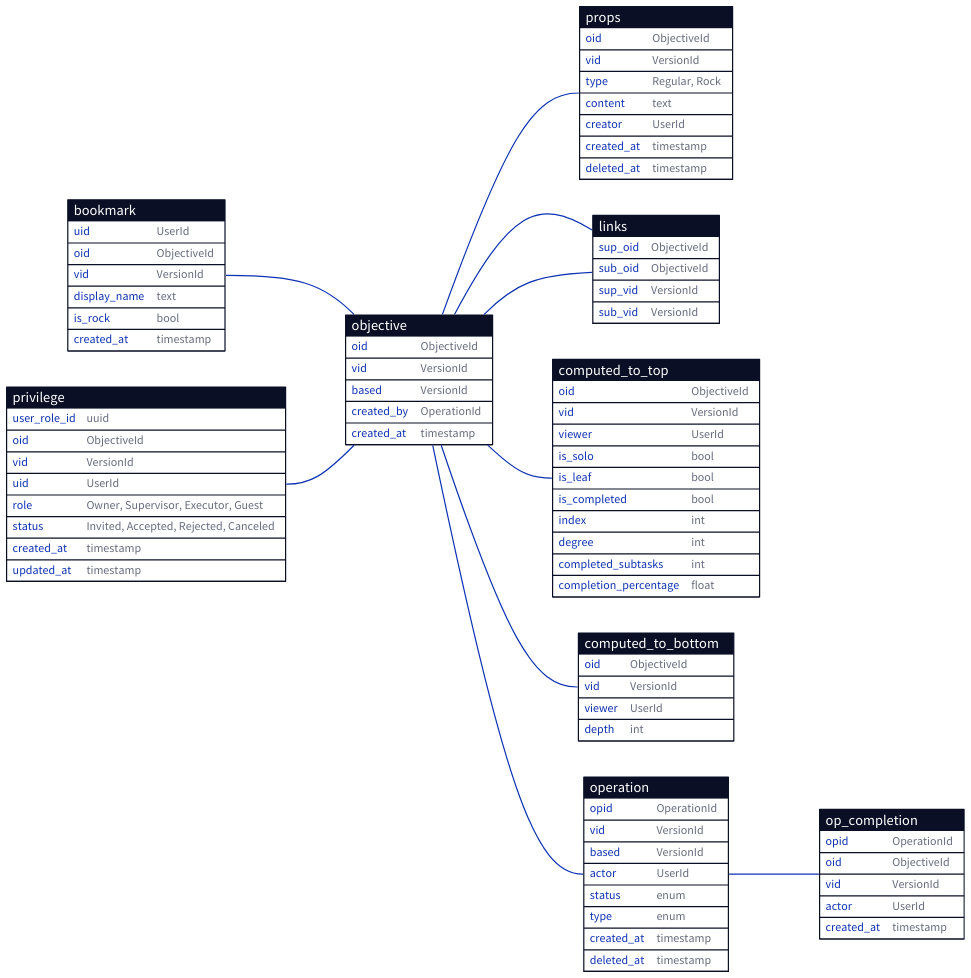
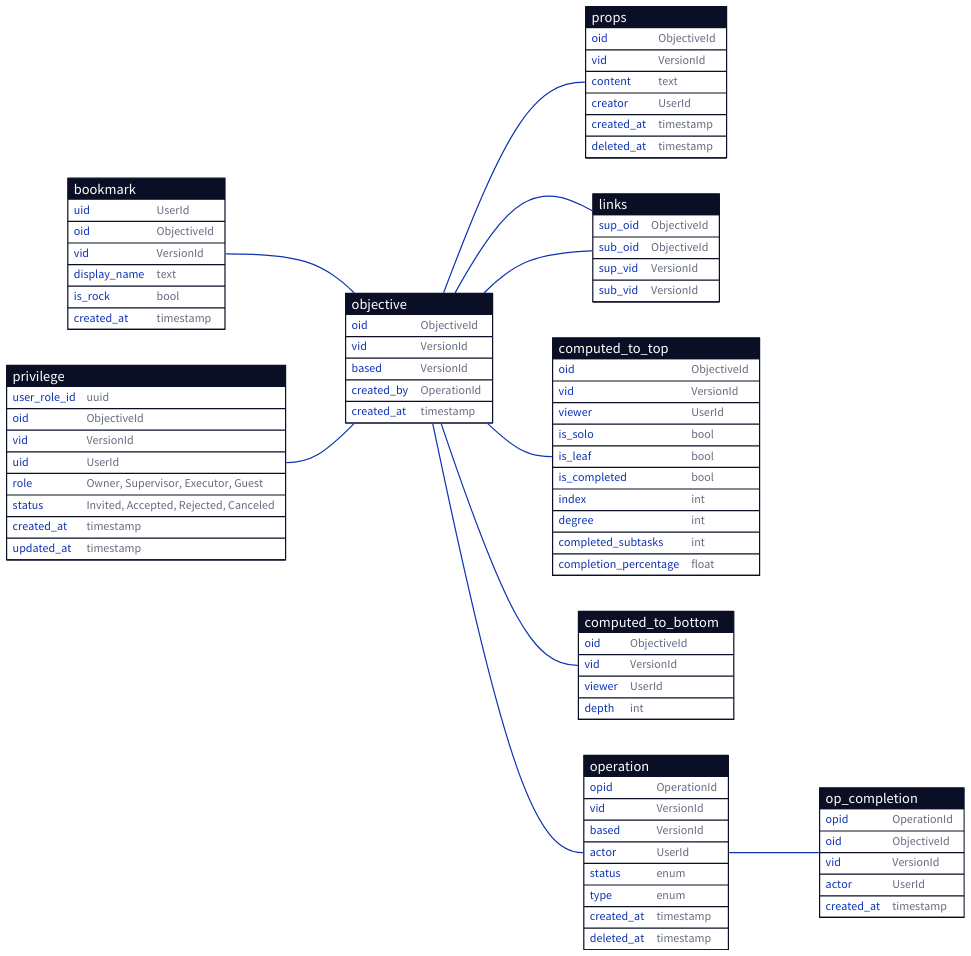
The diagram in docs/database/simplified.d2 (ufukty/logbook), drawn with D2 before and after one commit. The commit also changed 1 other file, not shown here.

Commit message:
docs/database/simplified: removes the `props.type` because not having an upper link is same with being a rock

```diff
--- a/docs/database/simplified.d2
+++ b/docs/database/simplified.d2
@@ -1,136 +1,135 @@
 bookmark: {
   shape: sql_table
 
   uid: UserId
   oid: ObjectiveId
   vid: VersionId
   display_name: text
   is_rock: bool # rocks are hidden in the UI
   created_at: timestamp
 }
 
 privilege: {
   shape: sql_table
 
   user_role_id: uuid
   oid: ObjectiveId
   vid: VersionId
   uid: UserId
   role: "Owner, Supervisor, Executor, Guest"
   status: "Invited, Accepted, Rejected, Canceled"
   created_at: timestamp
   updated_at: timestamp
 }
 
 objective: {
   shape: sql_table
 
   oid: ObjectiveId
   vid: VersionId
   based: VersionId
   created_by: OperationId
 
-  created_at: timestamp
+  created_at: timestamp # creation of this version (=row)
 }
 
 props: {
   shape: sql_table
 
   oid: ObjectiveId
   vid: VersionId
-  type: "Regular, Rock"
   content: text
   creator: UserId
   created_at: timestamp
   deleted_at: timestamp
 }
 
 links: {
   shape: sql_table
 
   sup_oid: ObjectiveId
   sub_oid: ObjectiveId
   sup_vid: VersionId
   sub_vid: VersionId
 }
 
 computed_to_top: {
   shape: sql_table
 
   oid: ObjectiveId
   vid: VersionId
   viewer: UserId
 
   is_solo: bool
   is_leaf: bool
   is_completed: bool
 
   index: int
   degree: int
   completed_subtasks: int
   completion_percentage: float
 }
 
 computed_to_bottom: {
   shape: sql_table
 
   oid: ObjectiveId
   vid: VersionId
   viewer: UserId
 
   depth: int
 }
 
 operation: {
   shape: sql_table
 
   opid: OperationId
   vid: VersionId
   based: VersionId
 
   actor: UserId
   status: enum
   type: enum # Transitive, Checkout, Completion, Reattach, Reorder, Content
 
   created_at: timestamp
   deleted_at: timestamp
 }
 
 op_completion: {
   shape: sql_table
 
   opid: OperationId
   oid: ObjectiveId
   vid: VersionId
   actor: UserId
   created_at: timestamp
 }
 
 direction: right
 
 # a bookmark points to a root node of a work tree
 bookmark.oid -- objective.oid
 # bookmark.vid -- objective.vid
 
 # Any task with custom privilege hand.can have owner/viewers/executors
 privilege.oid -- objective.oid
 # privilege.vid -- objective.vid
 
 objective.oid -- links.sup_oid
 # objective.vid -- links.sup_vid
 
 objective.oid -- links.sub_oid
 # objective.vid -- links.sub_vid
 
 objective.oid -- computed_to_top.oid
 # objective.vid -- computed_to_top.vid
 
 objective.oid -- computed_to_bottom.oid
 # objective.vid -- computed_to_bottom.vid
 
 operation.opid -- op_completion.opid
 
 objective.created_by -- operation.opid
 
 objective.oid -- props.oid
 # objective.vid -- props.vid
```
